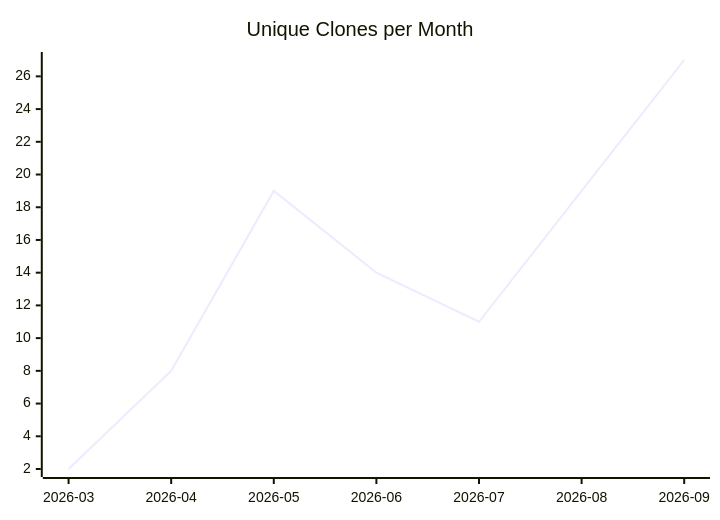
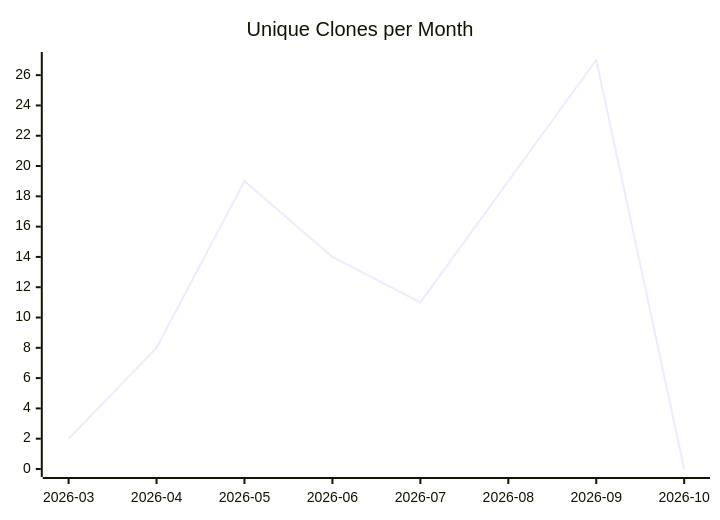
One commit to justdavis-family/github-analytics-data changed the third of 3 diagrams in karlmdavis/rps-tourney/README.md. Above: the diagram before and after it, drawn with Mermaid. The commit also changed other lines of this file and 202 other files, not shown here.

````diff
--- a/karlmdavis/rps-tourney/README.md
+++ b/karlmdavis/rps-tourney/README.md
@@ -19,6 +19,6 @@
 ```mermaid
 xychart-beta
   title "Unique Clones per Month"
-  x-axis ["2026-03", "2026-04", "2026-05", "2026-06", "2026-07", "2026-08", "2026-09"]
-  line [2, 8, 19, 14, 11, 19, 27]
+  x-axis ["2026-03", "2026-04", "2026-05", "2026-06", "2026-07", "2026-08", "2026-09", "2026-10"]
+  line [2, 8, 19, 14, 11, 19, 27, 0]
 ```
````
